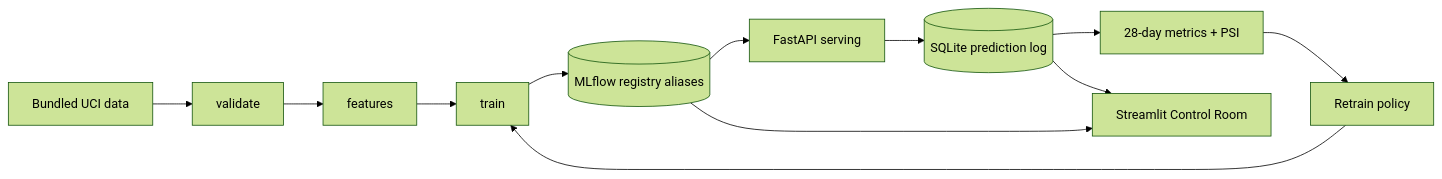
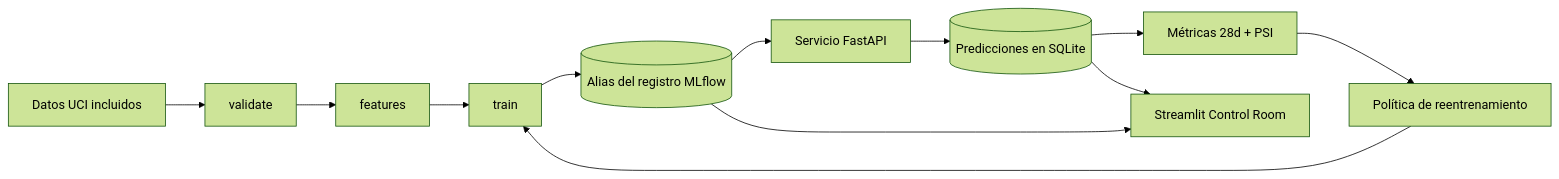
The diagram in README.md (Eduardo12Pacheco/laboratorio-mlops), drawn with Mermaid (forest theme) before and after one commit. The commit also changed other lines of this file and 7 other files, not shown here.

````diff
--- a/README.md
+++ b/README.md
@@ -39,12 +46,12 @@
 ```mermaid
 flowchart LR
-  data[Bundled UCI data] --> validate --> features --> train
-  train --> registry[(MLflow registry aliases)]
-  registry --> serve[FastAPI serving]
-  serve --> log[(SQLite prediction log)]
-  log --> monitor[28-day metrics + PSI]
-  monitor --> policy[Retrain policy]
+  data[Datos UCI incluidos] --> validate --> features --> train
+  train --> registry[(Alias del registro MLflow)]
+  registry --> serve[Servicio FastAPI]
+  serve --> log[(Predicciones en SQLite)]
+  log --> monitor[Métricas 28d + PSI]
+  monitor --> policy[Política de reentrenamiento]
   policy --> train
   registry --> ui[Streamlit Control Room]
   log --> ui
 ```
````
